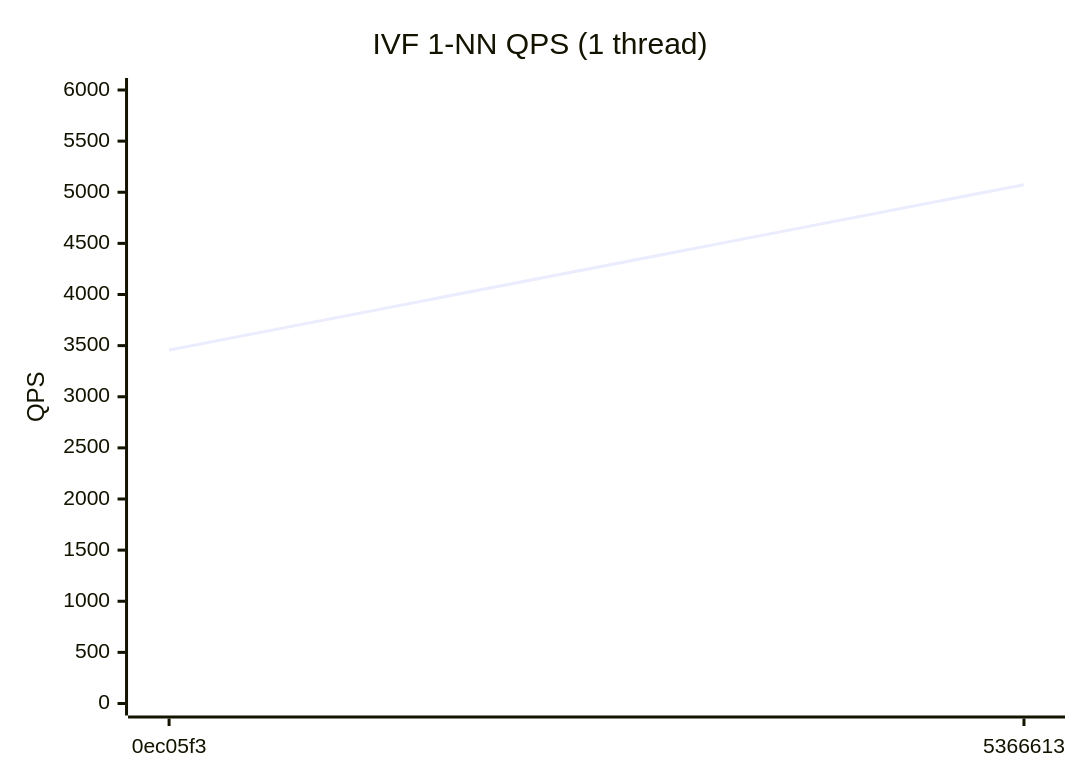
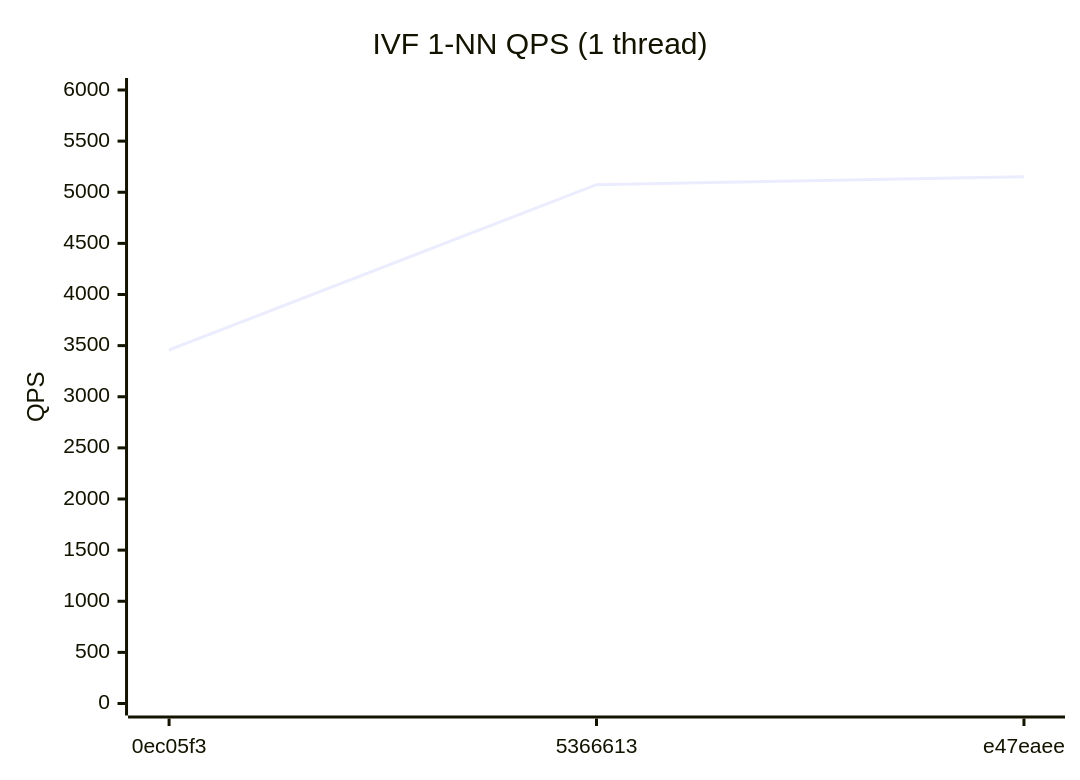
Before and after one commit to bibidhSubedi0/RedBoxDb: the third of 4 diagrams in benchmarks/REPORT.md, drawn with Mermaid. The commit also changed other lines of this file and 1 other file, not shown here.

Commit message:
bench: update performance report [e47eaee] [skip ci] (#131)

````diff
--- a/benchmarks/REPORT.md
+++ b/benchmarks/REPORT.md
@@ -39,7 +39,7 @@
 ```mermaid
 xychart-beta
   title "IVF 1-NN QPS (1 thread)"
-  x-axis ["0ec05f3", "5366613"]
+  x-axis ["0ec05f3", "5366613", "e47eaee"]
   y-axis "QPS" 0 --> 6000
-  line [3457, 5074]
+  line [3457, 5074, 5151]
 ```
````
